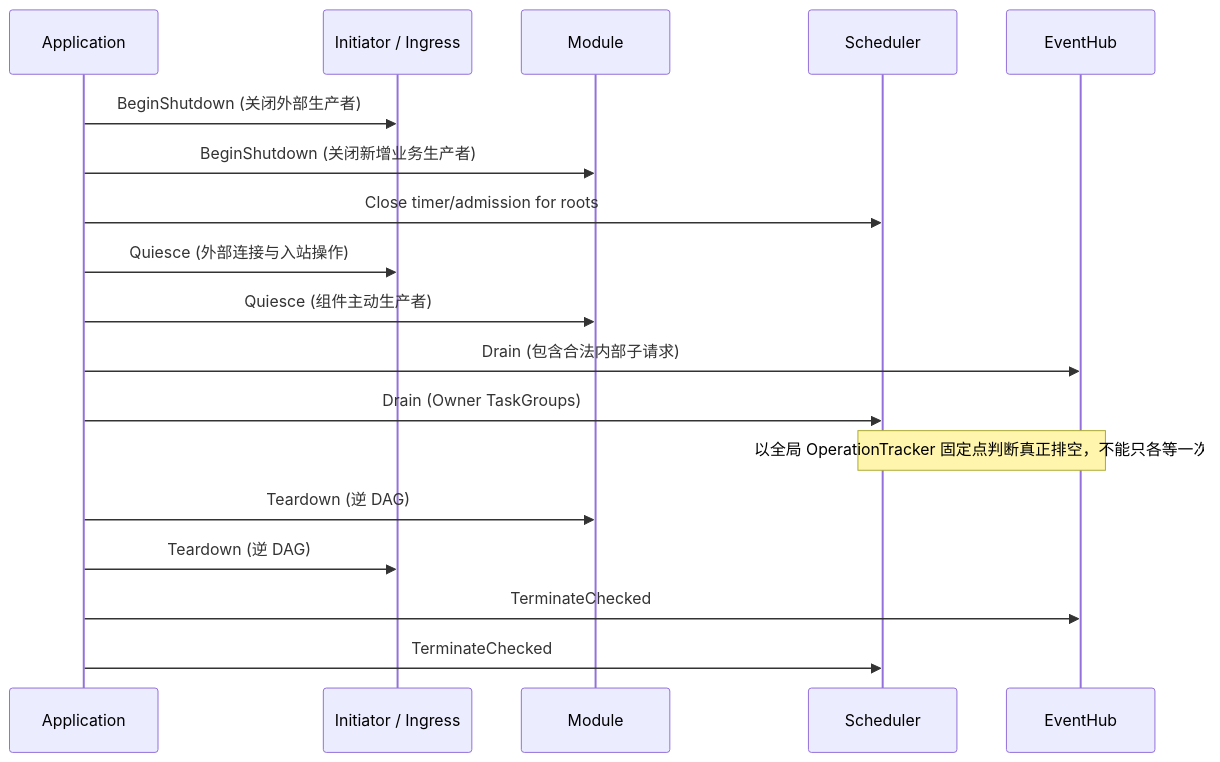
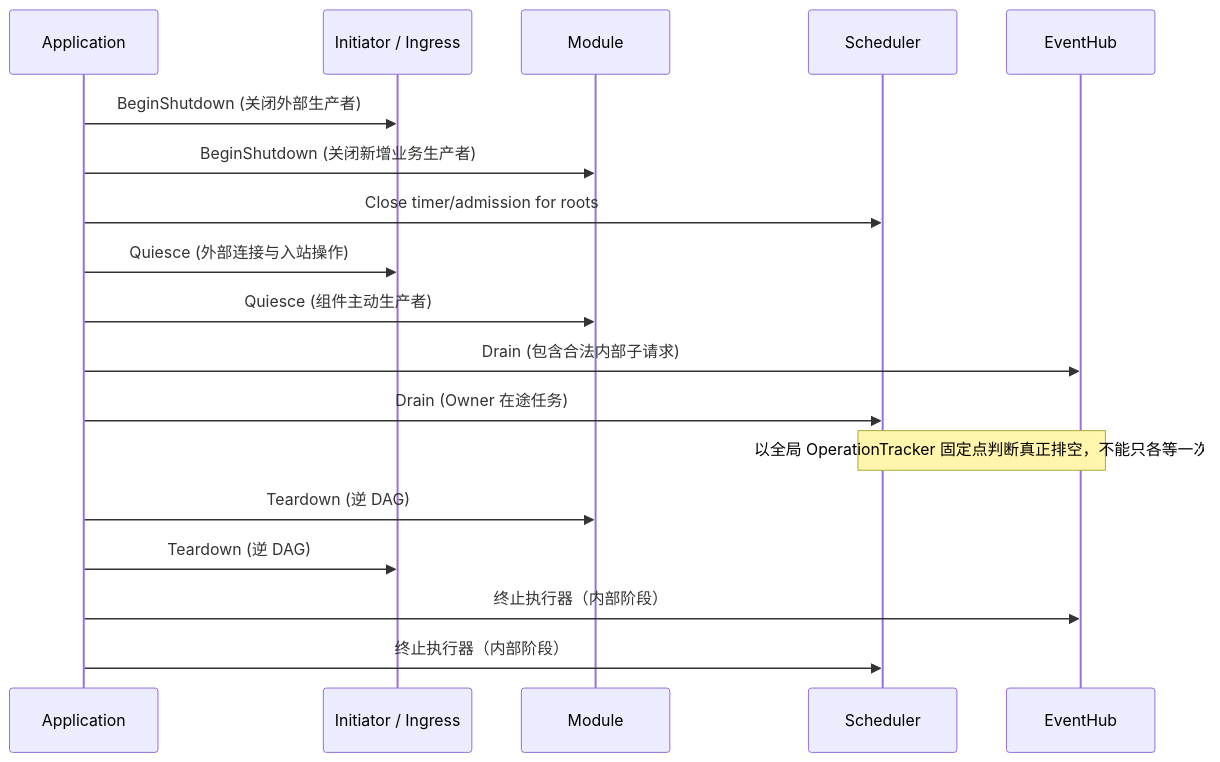
One commit to muidea/modorch-rs changed the second of 2 diagrams in docs/Modorch-RS-Framework-Design.md. Above: the diagram before and after it, drawn with Mermaid. The commit also changed other lines of this file and 489 other files, not shown here.

````diff
--- a/docs/Modorch-RS-Framework-Design.md
+++ b/docs/Modorch-RS-Framework-Design.md
@@ -576,20 +443,20 @@
 ```mermaid
 sequenceDiagram
   participant App as Application
   participant Ingress as Initiator / Ingress
   participant M as Module
   participant S as Scheduler
   participant H as EventHub
   App->>Ingress: BeginShutdown (关闭外部生产者)
   App->>M: BeginShutdown (关闭新增业务生产者)
   App->>S: Close timer/admission for roots
   App->>Ingress: Quiesce (外部连接与入站操作)
   App->>M: Quiesce (组件主动生产者)
   App->>H: Drain (包含合法内部子请求)
-  App->>S: Drain (Owner TaskGroups)
+  App->>S: Drain (Owner 在途任务)
   Note over H,S: 以全局 OperationTracker 固定点判断真正排空，不能只各等一次
   App->>M: Teardown (逆 DAG)
   App->>Ingress: Teardown (逆 DAG)
-  App->>H: TerminateChecked
-  App->>S: TerminateChecked
+  App->>H: 终止执行器（内部阶段）
+  App->>S: 终止执行器（内部阶段）
 ```
````
